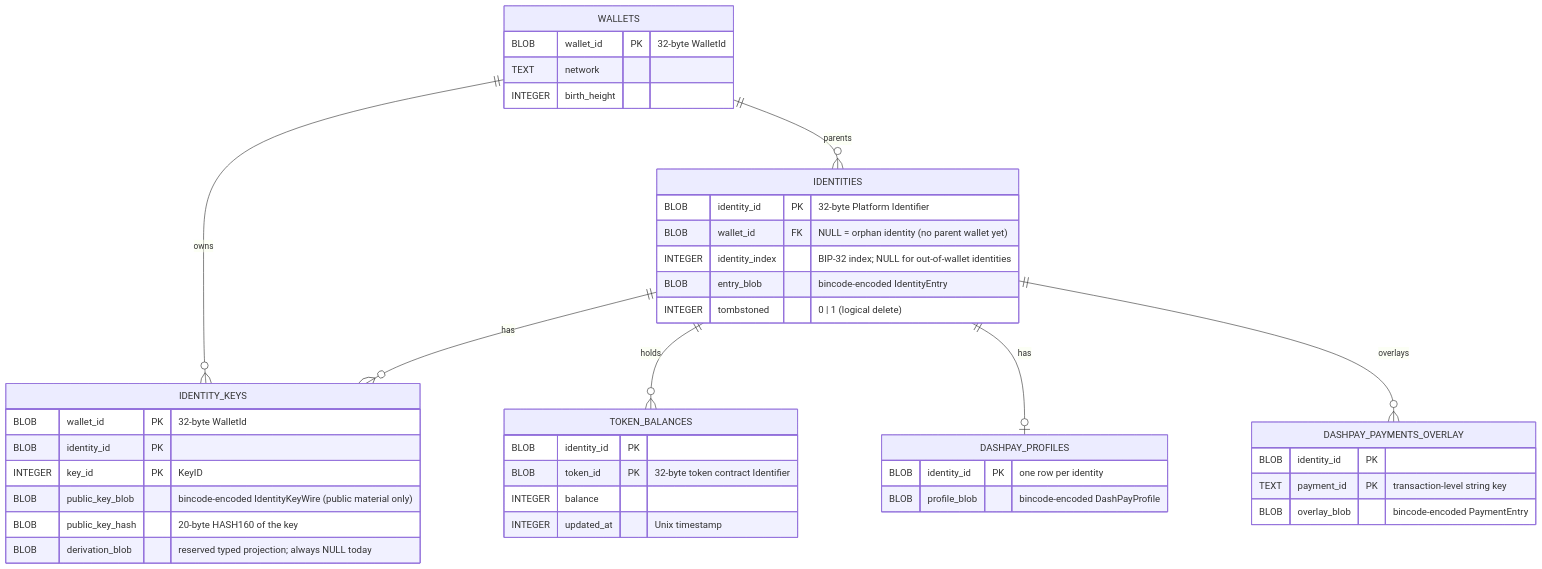
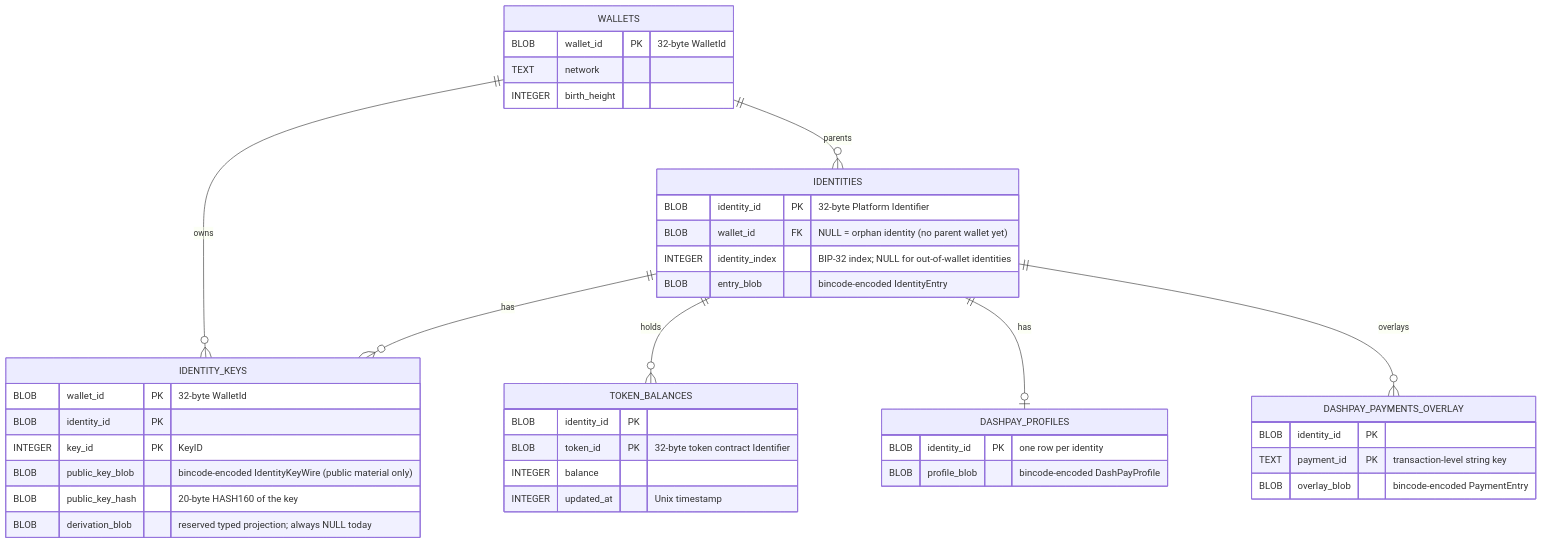
The second of 5 diagrams in packages/rs-platform-wallet-storage/SCHEMA.md (dashpay/platform), drawn with Mermaid before and after one commit. The commit also changed other lines of this file and 18 other files, not shown here.

````diff
--- a/packages/rs-platform-wallet-storage/SCHEMA.md
+++ b/packages/rs-platform-wallet-storage/SCHEMA.md
@@ -105,50 +107,49 @@
 ```mermaid
 erDiagram
     WALLETS ||--o{ IDENTITIES : "parents"
     WALLETS ||--o{ IDENTITY_KEYS : "owns"
     IDENTITIES ||--o{ IDENTITY_KEYS : "has"
     IDENTITIES ||--o{ TOKEN_BALANCES : "holds"
     IDENTITIES ||--o| DASHPAY_PROFILES : "has"
     IDENTITIES ||--o{ DASHPAY_PAYMENTS_OVERLAY : "overlays"
 
     WALLETS {
         BLOB wallet_id PK "32-byte WalletId"
         TEXT network
         INTEGER birth_height
     }
 
     IDENTITIES {
         BLOB identity_id PK "32-byte Platform Identifier"
         BLOB wallet_id FK "NULL = orphan identity (no parent wallet yet)"
         INTEGER identity_index "BIP-32 index; NULL for out-of-wallet identities"
         BLOB entry_blob "bincode-encoded IdentityEntry"
-        INTEGER tombstoned "0 | 1 (logical delete)"
     }
 
     IDENTITY_KEYS {
         BLOB wallet_id PK "32-byte WalletId"
         BLOB identity_id PK
         INTEGER key_id PK "KeyID"
         BLOB public_key_blob "bincode-encoded IdentityKeyWire (public material only)"
         BLOB public_key_hash "20-byte HASH160 of the key"
         BLOB derivation_blob "reserved typed projection; always NULL today"
     }
 
     TOKEN_BALANCES {
         BLOB identity_id PK
         BLOB token_id PK "32-byte token contract Identifier"
         INTEGER balance
         INTEGER updated_at "Unix timestamp"
     }
 
     DASHPAY_PROFILES {
         BLOB identity_id PK "one row per identity"
         BLOB profile_blob "bincode-encoded DashPayProfile"
     }
 
     DASHPAY_PAYMENTS_OVERLAY {
         BLOB identity_id PK
         TEXT payment_id PK "transaction-level string key"
         BLOB overlay_blob "bincode-encoded PaymentEntry"
     }
 ```
````
